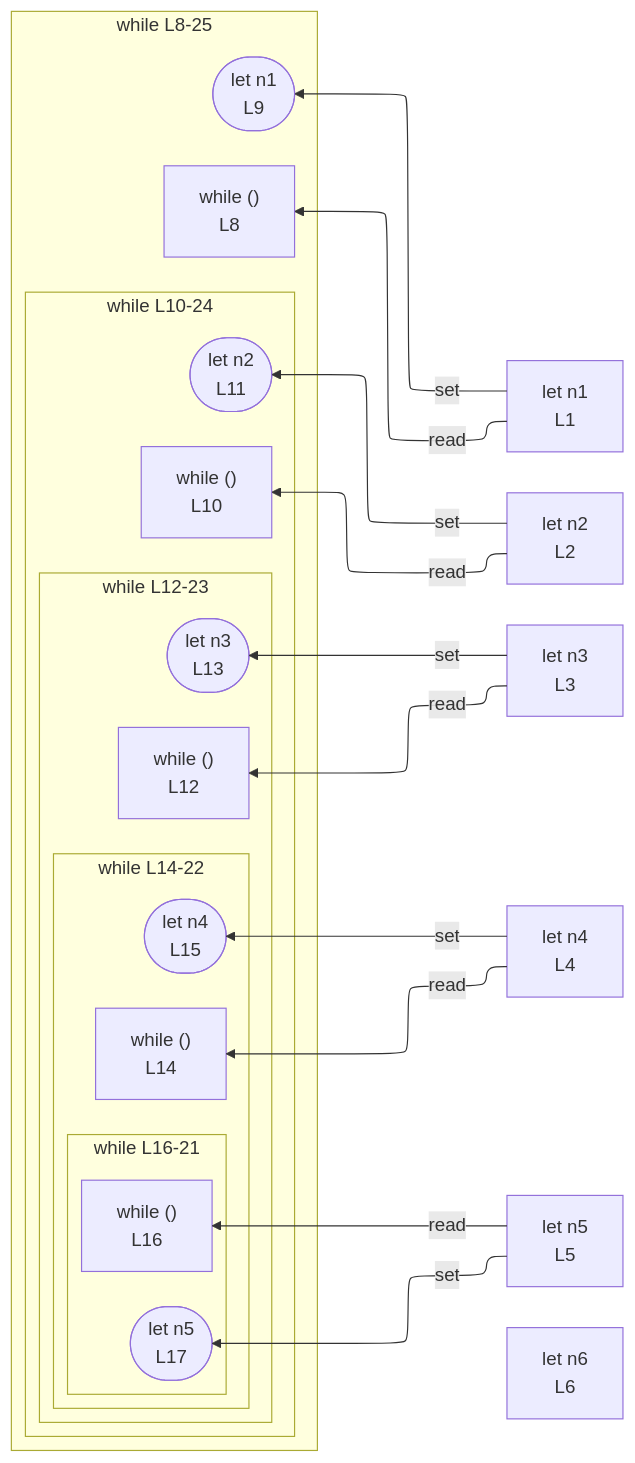
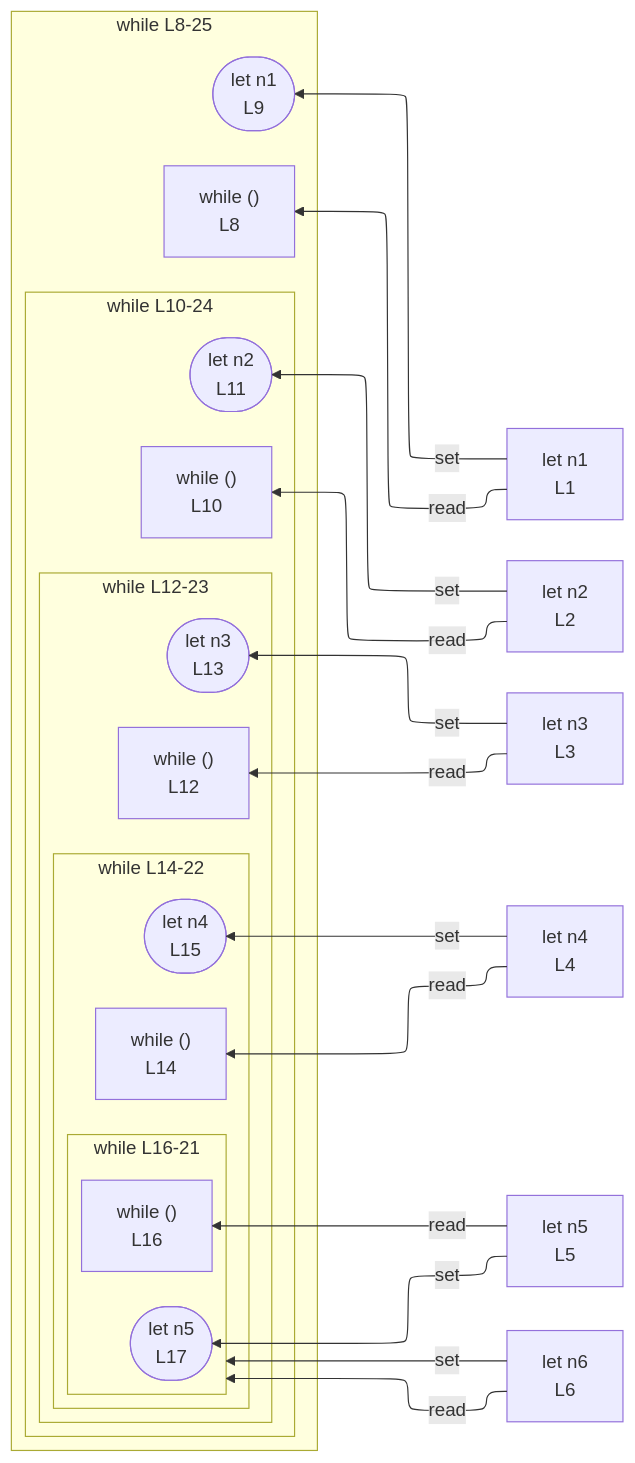
Before and after one commit to crescware/unsnarl: the diagram in integration/fixtures/app-behavior/depth/while/depth-5/preview.md, drawn with Mermaid. The commit also changed 63 other files, not shown here.

````diff
--- a/integration/fixtures/app-behavior/depth/while/depth-5/preview.md
+++ b/integration/fixtures/app-behavior/depth/while/depth-5/preview.md
@@ -35,45 +35,47 @@
 ```mermaid
 %%{init: {"flowchart": {"defaultRenderer": "elk"}}}%%
 flowchart RL
   n_scope_0_n1_4["let n1<br/>L1"]
   n_scope_0_n2_16["let n2<br/>L2"]
   n_scope_0_n3_28["let n3<br/>L3"]
   n_scope_0_n4_40["let n4<br/>L4"]
   n_scope_0_n5_52["let n5<br/>L5"]
   n_scope_0_n6_64["let n6<br/>L6"]
   subgraph s_scope_1["while L8-25"]
     direction RL
     while_test_scope_0_73["while ()<br/>L8"]
     wr_ref_7(["let n1<br/>L9"])
     subgraph s_scope_2["while L10-24"]
       direction RL
       while_test_scope_1_100["while ()<br/>L10"]
       wr_ref_9(["let n2<br/>L11"])
       subgraph s_scope_3["while L12-23"]
         direction RL
         while_test_scope_2_131["while ()<br/>L12"]
         wr_ref_11(["let n3<br/>L13"])
         subgraph s_scope_4["while L14-22"]
           direction RL
           while_test_scope_3_166["while ()<br/>L14"]
           wr_ref_13(["let n4<br/>L15"])
           subgraph s_scope_5["while L16-21"]
             direction RL
             while_test_scope_4_205["while ()<br/>L16"]
             wr_ref_15(["let n5<br/>L17"])
           end
         end
       end
     end
   end
   n_scope_0_n1_4 -->|set| wr_ref_7
   n_scope_0_n2_16 -->|set| wr_ref_9
   n_scope_0_n3_28 -->|set| wr_ref_11
   n_scope_0_n4_40 -->|set| wr_ref_13
   n_scope_0_n5_52 -->|set| wr_ref_15
+  n_scope_0_n6_64 -->|set| s_scope_5
   n_scope_0_n1_4 -->|read| while_test_scope_0_73
   n_scope_0_n2_16 -->|read| while_test_scope_1_100
   n_scope_0_n3_28 -->|read| while_test_scope_2_131
   n_scope_0_n4_40 -->|read| while_test_scope_3_166
   n_scope_0_n5_52 -->|read| while_test_scope_4_205
+  n_scope_0_n6_64 -->|read| s_scope_5
 ```
````
